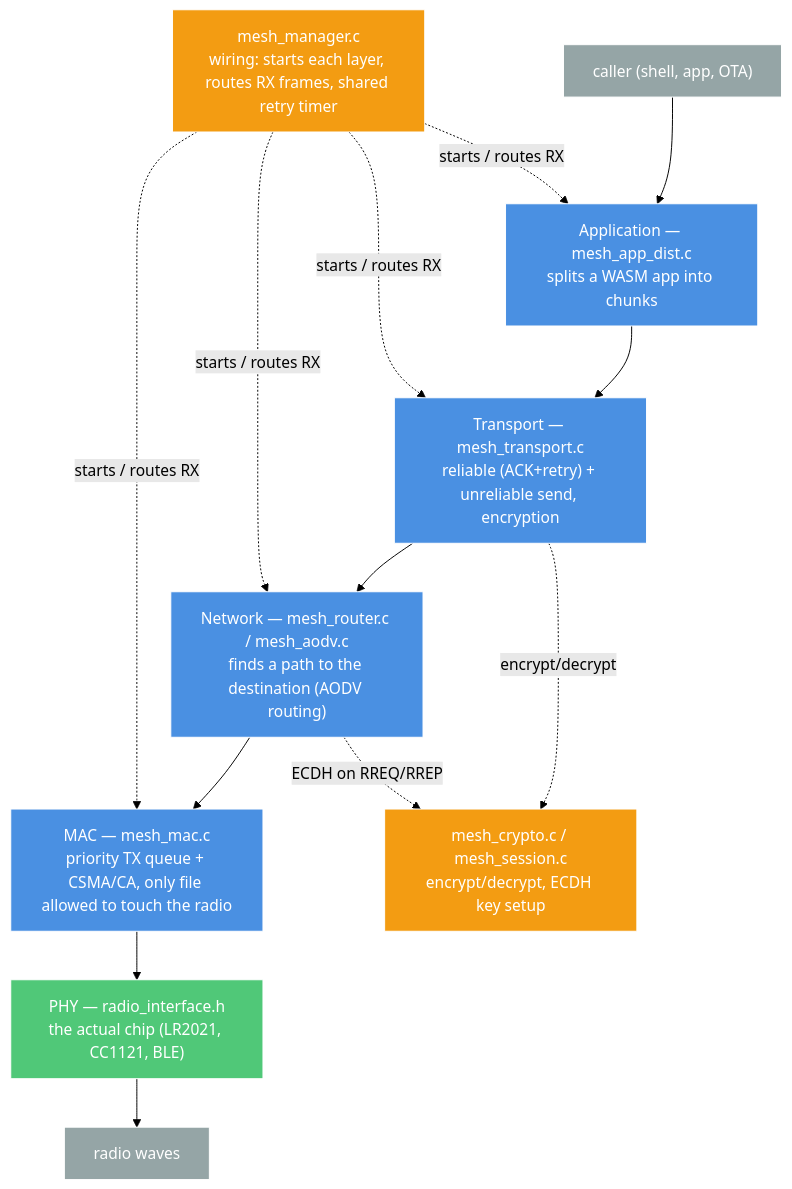
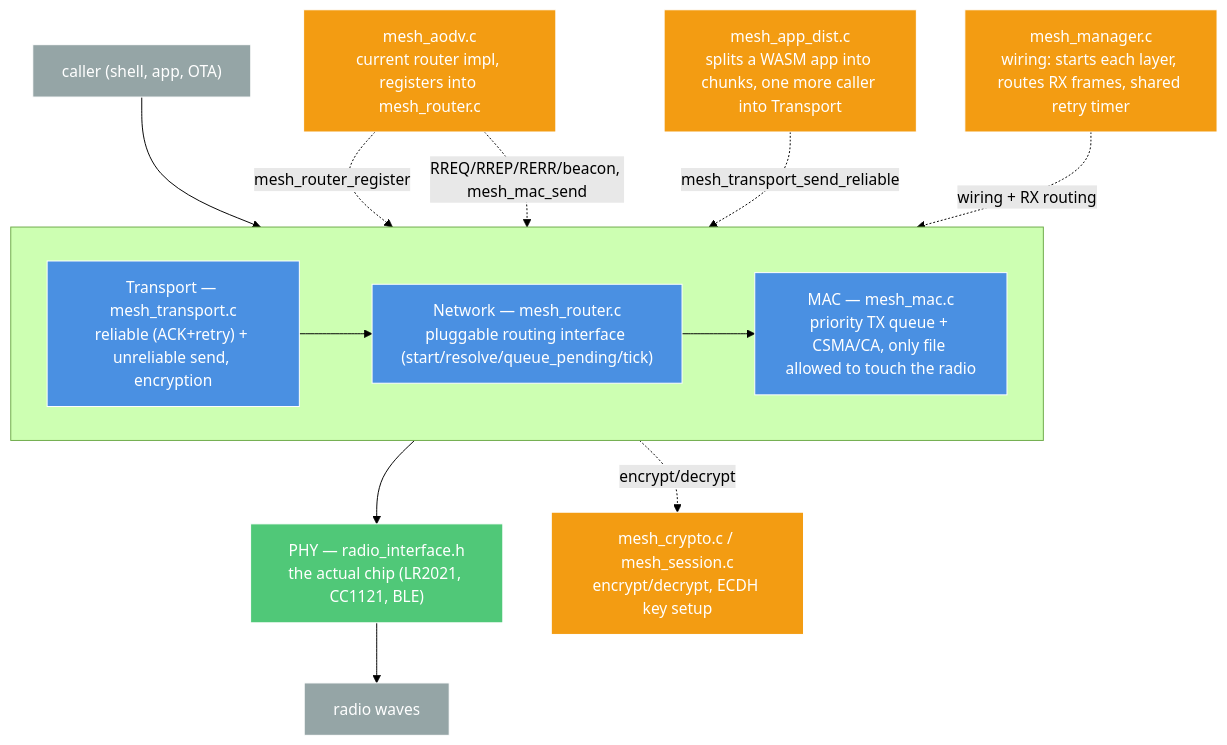
One commit to ArturR0k3r/AkiraOS changed the first of 2 diagrams in docs/architecture/mesh-networking.md. Above: the diagram before and after it, drawn with Mermaid (forest theme). The commit also changed other lines of this file and 5 other files, not shown here.

Commit message:
refactor(mesh): move AODV into routers/, redraw arch doc diagram, trim comment bloat

````diff
--- a/docs/architecture/mesh-networking.md
+++ b/docs/architecture/mesh-networking.md
@@ -14,26 +14,33 @@
 ```mermaid
 graph TB
     classDef caller fill:#95a5a6,stroke:#fff,color:#fff
     classDef layer fill:#4A90E2,stroke:#fff,color:#fff
     classDef phy fill:#50C878,stroke:#fff,color:#fff
     classDef helper fill:#f39c12,stroke:#fff,color:#fff
 
     CALLER["caller (shell, app, OTA)"]:::caller
-    APP["Application — mesh_app_dist.c<br/>splits a WASM app into chunks"]:::layer
-    TRANSPORT["Transport — mesh_transport.c<br/>reliable (ACK+retry) + unreliable send, encryption"]:::layer
-    NETWORK["Network — mesh_router.c / mesh_aodv.c<br/>finds a path to the destination (AODV routing)"]:::layer
-    MAC["MAC — mesh_mac.c<br/>priority TX queue + CSMA/CA, only file allowed to touch the radio"]:::layer
+
+    subgraph STACK[" "]
+        direction LR
+        TRANSPORT["Transport — mesh_transport.c<br/>reliable (ACK+retry) + unreliable send, encryption"]:::layer
+        ROUTER["Network — mesh_router.c<br/>pluggable routing interface (start/resolve/queue_pending/tick)"]:::layer
+        MAC["MAC — mesh_mac.c<br/>priority TX queue + CSMA/CA, only file allowed to touch the radio"]:::layer
+        TRANSPORT --> ROUTER --> MAC
+    end
+
     PHY["PHY — radio_interface.h<br/>the actual chip (LR2021, CC1121, BLE)"]:::phy
     WAVES["radio waves"]:::caller
 
+    CRYPTO["mesh_crypto.c / mesh_session.c<br/>encrypt/decrypt, ECDH key setup"]:::helper
+    AODV["mesh_aodv.c<br/>current router impl, registers into mesh_router.c"]:::helper
     MANAGER["mesh_manager.c<br/>wiring: starts each layer, routes RX frames, shared retry timer"]:::helper
-    CRYPTO["mesh_crypto.c / mesh_session.c<br/>encrypt/decrypt, ECDH key setup"]:::helper
+    APP["mesh_app_dist.c<br/>splits a WASM app into chunks, one more caller into Transport"]:::helper
 
-    CALLER --> APP --> TRANSPORT --> NETWORK --> MAC --> PHY --> WAVES
-    MANAGER -.starts / routes RX.-> APP
-    MANAGER -.starts / routes RX.-> TRANSPORT
-    MANAGER -.starts / routes RX.-> NETWORK
-    MANAGER -.starts / routes RX.-> MAC
+    CALLER --> TRANSPORT
+    MAC --> PHY --> WAVES
     TRANSPORT -.encrypt/decrypt.-> CRYPTO
-    NETWORK -.ECDH on RREQ/RREP.-> CRYPTO
+    AODV -.mesh_router_register.-> ROUTER
+    AODV -.RREQ/RREP/RERR/beacon, mesh_mac_send.-> MAC
+    MANAGER -.wiring + RX routing.-> STACK
+    APP -.mesh_transport_send_reliable.-> TRANSPORT
 ```
````
